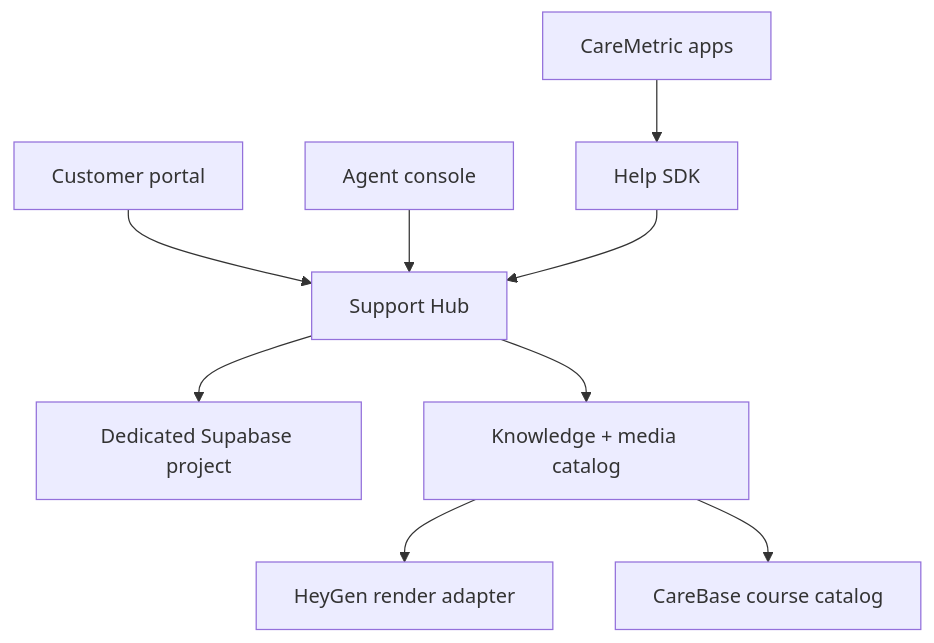
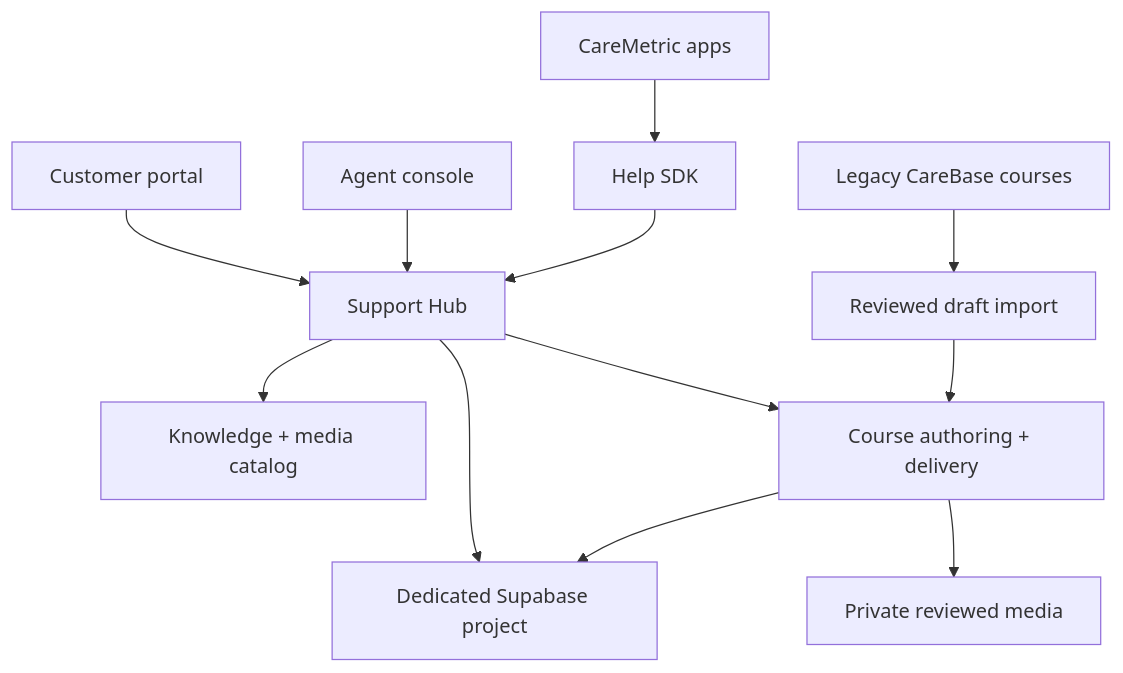
Before and after one commit to kdeyarmin/caremetric-support-hub: the diagram in README.md, drawn with Mermaid. The commit also changed other lines of this file and 3 other files, not shown here.

Commit message:
Document Hub learning ownership and staged migration

````diff
--- a/README.md
+++ b/README.md
@@ -43,11 +54,14 @@
 ```mermaid
 flowchart TD
   Apps["CareMetric apps"] --> SDK["Help SDK"]
   Portal["Customer portal"] --> Hub["Support Hub"]
   Console["Agent console"] --> Hub
   SDK --> Hub
   Hub --> DB["Dedicated Supabase project"]
   Hub --> Content["Knowledge + media catalog"]
-  Content --> HeyGen["HeyGen render adapter"]
-  Content --> PennTrain["CareBase course catalog"]
+  Hub --> Learning["Course authoring + delivery"]
+  Learning --> DB
+  Learning --> Media["Private reviewed media"]
+  PennTrain["Legacy CareBase courses"] --> Import["Reviewed draft import"]
+  Import --> Learning
 ```
````
